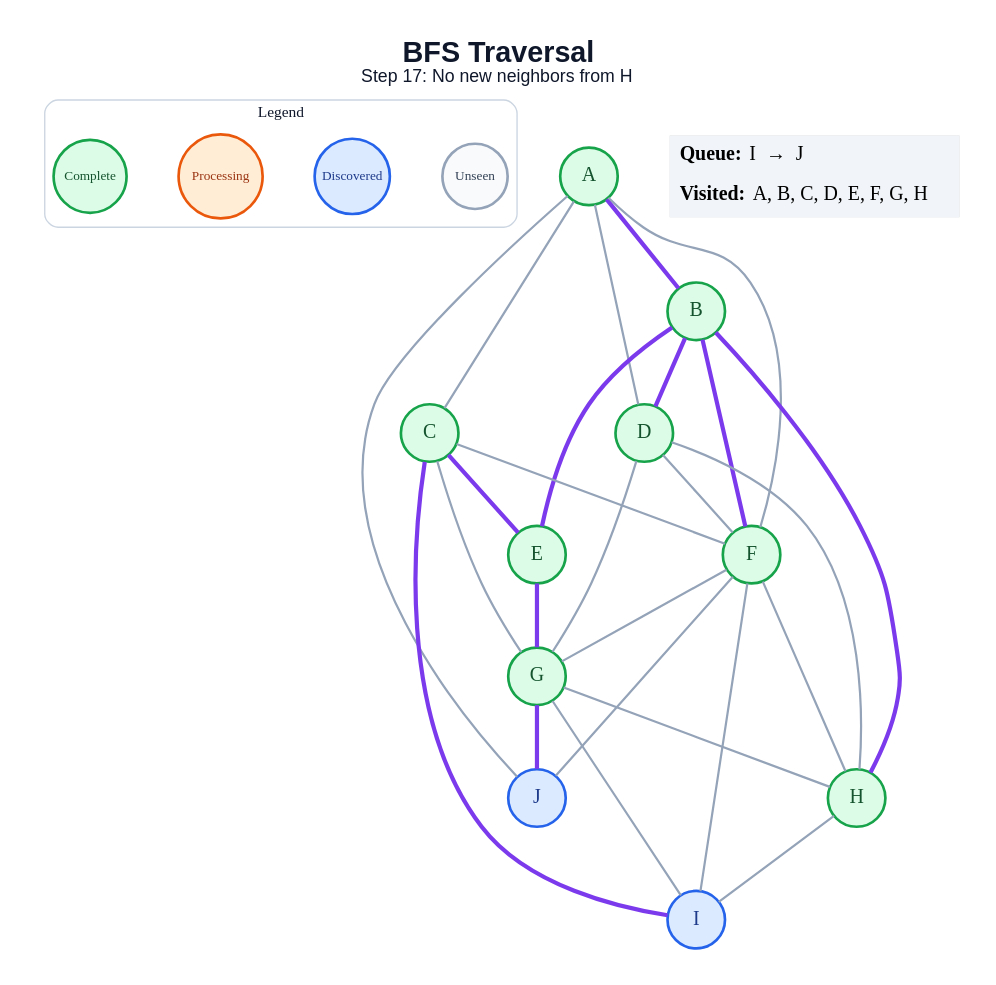
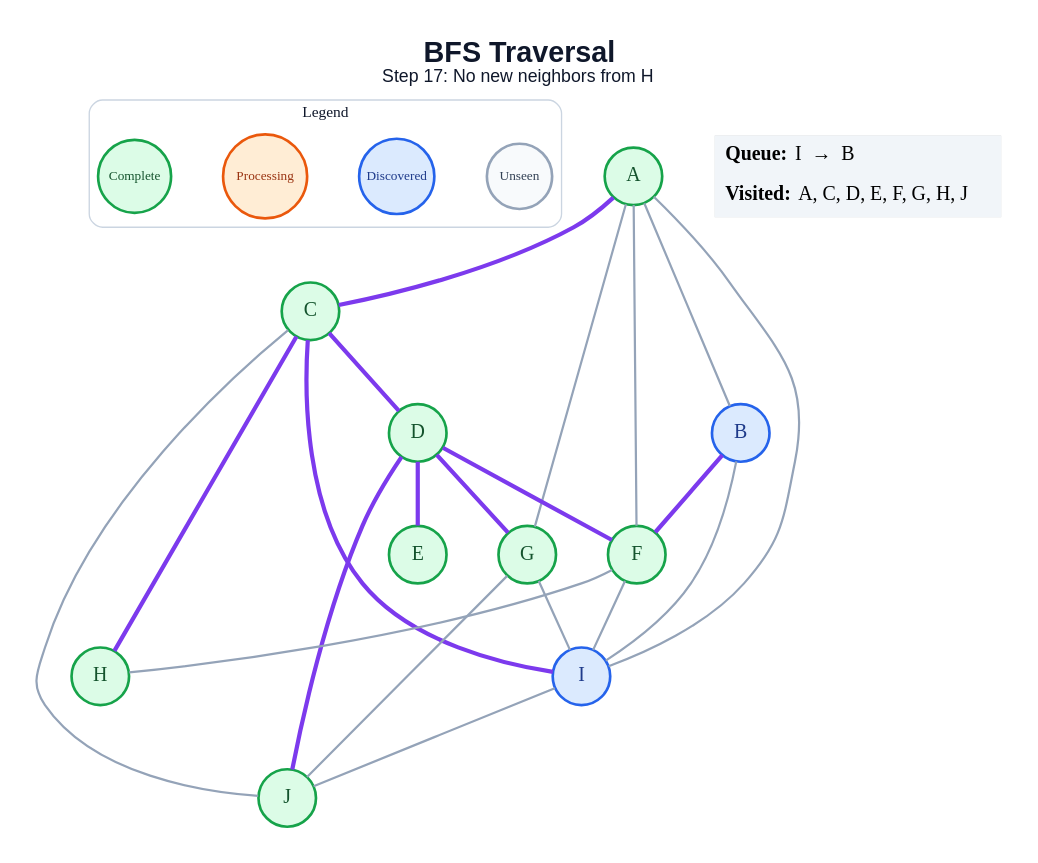
The diagram in generated/specific-node/bfs/step_17.dot (amanghodawala9/ai-slop), drawn with Graphviz before and after one commit. The commit also changed 178 other files, not shown here.

```diff
--- a/generated/specific-node/bfs/step_17.dot
+++ b/generated/specific-node/bfs/step_17.dot
@@ -1,54 +1,49 @@
 graph traversal {
   graph [layout=dot, rankdir=TB, bgcolor="#FFFFFF", pad="0.35", nodesep="0.65", ranksep="0.8", fontname="Arial"];
   node [shape=circle, style="filled", fontname="Arial Bold", fontsize=18, width=0.72, fixedsize=true, penwidth=2.4];
   edge [color="#94A3B8", penwidth=2.0];
   label=<<B>BFS Traversal</B><BR/><FONT POINT-SIZE="16">Step 17: No new neighbors from H</FONT>>; labelloc="t"; fontsize=26; fontname="Arial"; fontcolor="#0F172A";
   subgraph cluster_legend { label="Legend"; color="#CBD5E1"; penwidth=1.2; style="rounded"; fontsize=14; fontname="Arial Bold";
     key_unseen [label="Unseen", fillcolor="#F8FAFC", color="#94A3B8", fontcolor="#334155", fontsize=12, width=0.82];
     key_frontier [label="Discovered", fillcolor="#DBEAFE", color="#2563EB", fontcolor="#1E3A8A", fontsize=12, width=0.95];
     key_current [label="Processing", fillcolor="#FFEDD5", color="#EA580C", fontcolor="#9A3412", fontsize=12, width=1.05];
     key_done [label="Complete", fillcolor="#DCFCE7", color="#16A34A", fontcolor="#14532D", fontsize=12, width=0.92];
     { rank=same; key_unseen; key_frontier; key_current; key_done; }
   }
   A [fillcolor="#DCFCE7", color="#16A34A", fontcolor="#14532D"];
-  B [fillcolor="#DCFCE7", color="#16A34A", fontcolor="#14532D"];
+  B [fillcolor="#DBEAFE", color="#2563EB", fontcolor="#1E3A8A"];
   C [fillcolor="#DCFCE7", color="#16A34A", fontcolor="#14532D"];
   D [fillcolor="#DCFCE7", color="#16A34A", fontcolor="#14532D"];
   E [fillcolor="#DCFCE7", color="#16A34A", fontcolor="#14532D"];
   F [fillcolor="#DCFCE7", color="#16A34A", fontcolor="#14532D"];
   G [fillcolor="#DCFCE7", color="#16A34A", fontcolor="#14532D"];
   H [fillcolor="#DCFCE7", color="#16A34A", fontcolor="#14532D"];
   I [fillcolor="#DBEAFE", color="#2563EB", fontcolor="#1E3A8A"];
-  J [fillcolor="#DBEAFE", color="#2563EB", fontcolor="#1E3A8A"];
-  A -- B [color="#7C3AED", penwidth=3.8];
-  A -- C;
-  A -- D;
+  J [fillcolor="#DCFCE7", color="#16A34A", fontcolor="#14532D"];
+  A -- B;
+  A -- C [color="#7C3AED", penwidth=3.8];
   A -- F;
-  A -- J;
-  B -- D [color="#7C3AED", penwidth=3.8];
-  B -- E [color="#7C3AED", penwidth=3.8];
+  A -- G;
+  A -- I;
   B -- F [color="#7C3AED", penwidth=3.8];
-  B -- H [color="#7C3AED", penwidth=3.8];
-  C -- E [color="#7C3AED", penwidth=3.8];
-  C -- F;
-  C -- G;
+  B -- I;
+  C -- D [color="#7C3AED", penwidth=3.8];
+  C -- H [color="#7C3AED", penwidth=3.8];
   C -- I [color="#7C3AED", penwidth=3.8];
-  D -- F;
-  D -- G;
-  D -- H;
-  E -- G [color="#7C3AED", penwidth=3.8];
-  F -- G;
+  C -- J;
+  D -- E [color="#7C3AED", penwidth=3.8];
+  D -- F [color="#7C3AED", penwidth=3.8];
+  D -- G [color="#7C3AED", penwidth=3.8];
+  D -- J [color="#7C3AED", penwidth=3.8];
   F -- H;
   F -- I;
-  F -- J;
-  G -- H;
   G -- I;
-  G -- J [color="#7C3AED", penwidth=3.8];
-  H -- I;
+  G -- J;
+  I -- J;
   status [shape=plain, fixedsize=false, width=0, height=0, margin=0, label=<
     <TABLE BORDER="0" CELLBORDER="0" CELLPADDING="7" BGCOLOR="#F1F5F9">
-      <TR><TD ALIGN="LEFT"><B>Queue:</B> I  →  J</TD></TR>
-      <TR><TD ALIGN="LEFT"><B>Visited:</B> A, B, C, D, E, F, G, H</TD></TR>
+      <TR><TD ALIGN="LEFT"><B>Queue:</B> I  →  B</TD></TR>
+      <TR><TD ALIGN="LEFT"><B>Visited:</B> A, C, D, E, F, G, H, J</TD></TR>
     </TABLE>
   >];
 }
```
